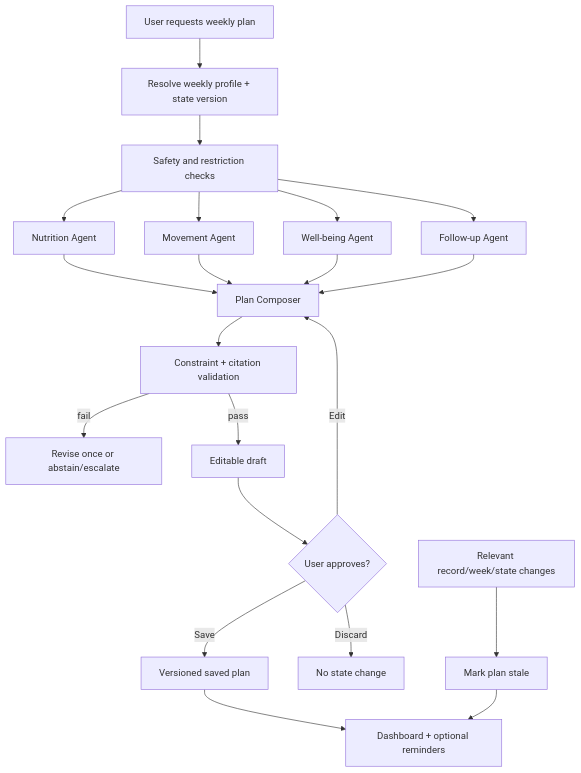
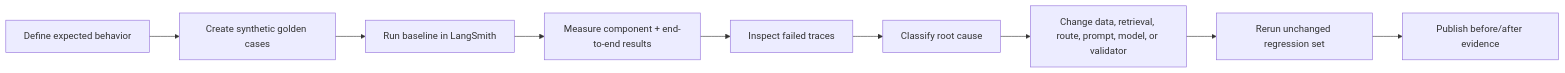
The fourth of 4 diagrams in docs/Nestline updated architecture.md (ASWATHHARISH/nestline), drawn with Mermaid before and after one commit. The commit also changed other lines of this file, not shown here.

````diff
--- a/docs/Nestline updated architecture.md
+++ b/docs/Nestline updated architecture.md
@@ -626,23 +796,11 @@
 ```mermaid
-flowchart TD
-    A["User requests weekly plan"] --> B["Resolve weekly profile + state version"]
-    B --> C["Safety and restriction checks"]
-    C --> D1["Nutrition Agent"]
-    C --> D2["Movement Agent"]
-    C --> D3["Well-being Agent"]
-    C --> D4["Follow-up Agent"]
-    D1 --> E["Plan Composer"]
-    D2 --> E
-    D3 --> E
-    D4 --> E
-    E --> F["Constraint + citation validation"]
-    F -->|fail| G["Revise once or abstain/escalate"]
-    F -->|pass| H["Editable draft"]
-    H --> I{"User approves?"}
-    I -->|Edit| E
-    I -->|Save| J["Versioned saved plan"]
-    I -->|Discard| K["No state change"]
-    J --> L["Dashboard + optional reminders"]
-    M["Relevant record/week/state changes"] --> N["Mark plan stale"]
-    N --> L
+flowchart LR
+    A["Define expected behavior"] --> B["Create synthetic golden cases"]
+    B --> C["Run baseline in LangSmith"]
+    C --> D["Measure component + end-to-end results"]
+    D --> E["Inspect failed traces"]
+    E --> F["Classify root cause"]
+    F --> G["Change data, retrieval, route, prompt, model, or validator"]
+    G --> H["Rerun unchanged regression set"]
+    H --> I["Publish before/after evidence"]
 ```
````
